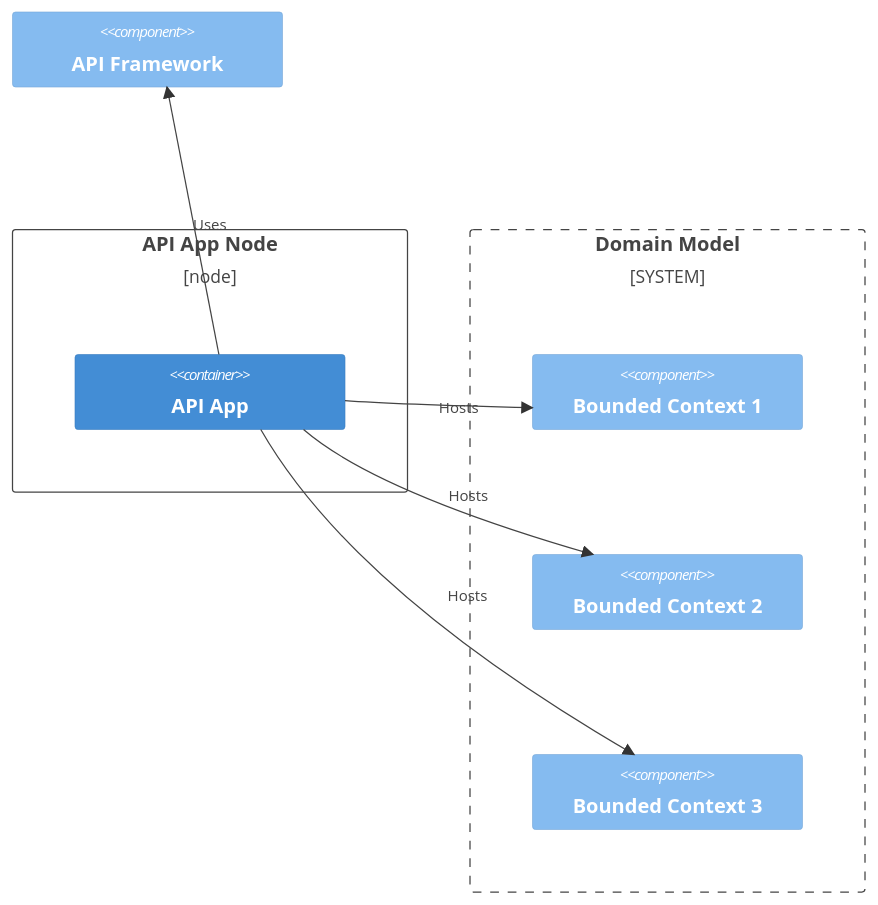
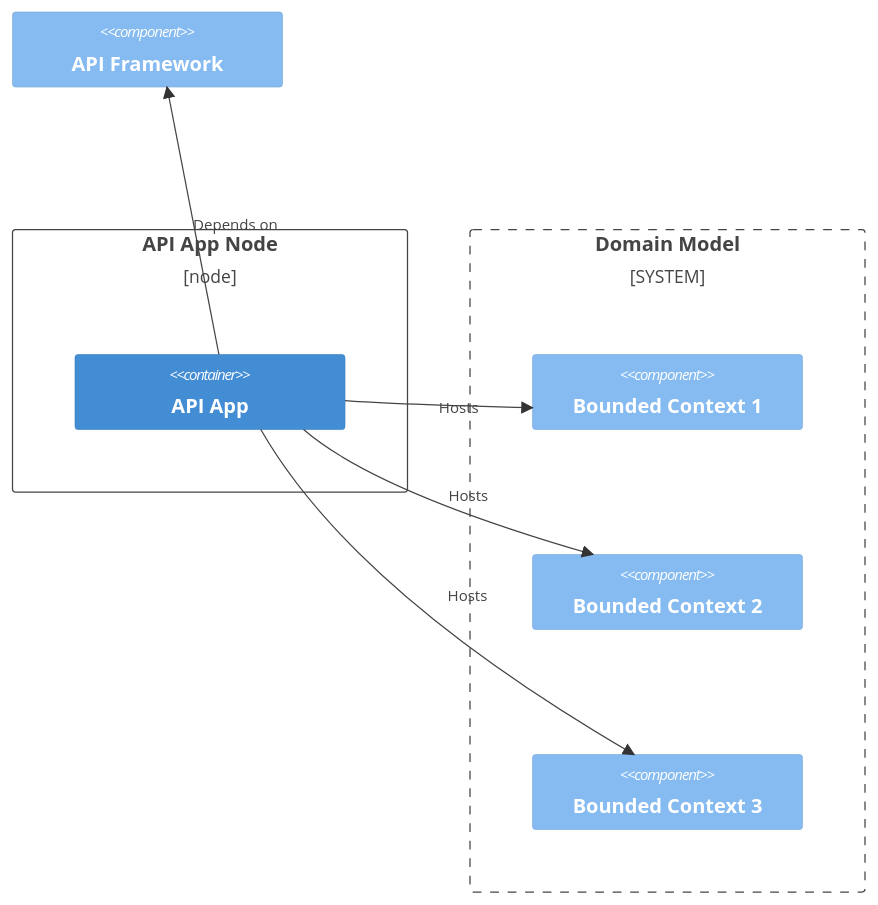
One commit to gyuwon/ArchitecturalRunwayGuidelines changed diagram 12 of 27 in README.md. Above: the diagram before and after it, drawn with Mermaid. The commit also changed other lines of this file, not shown here.

````diff
--- a/README.md
+++ b/README.md
@@ -441,22 +412,22 @@
 ```mermaid
 C4Context
 
 Deployment_Node(an, "API App Node") {
   Container(a, "API App")
 }
 
 System_Boundary(dmb, "Domain Model") {
   Component(bc1, "Bounded Context 1")
   Component(bc2, "Bounded Context 2")
   Component(bc3, "Bounded Context 3")
 }
 
 Component(f, "API Framework")
 
 UpdateLayoutConfig($c4ShapeInRow="2")
 
-Rel(a, f, "Uses")
+Rel(a, f, "Depends on")
 Rel(a, bc1, "Hosts")
 Rel(a, bc2, "Hosts")
 Rel(a, bc3, "Hosts")
 ```
````
